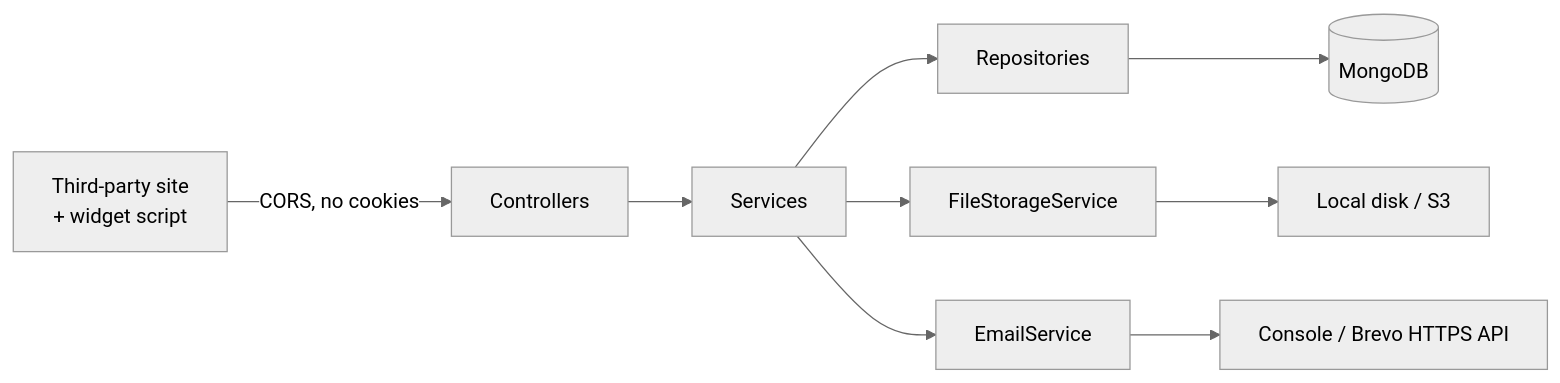
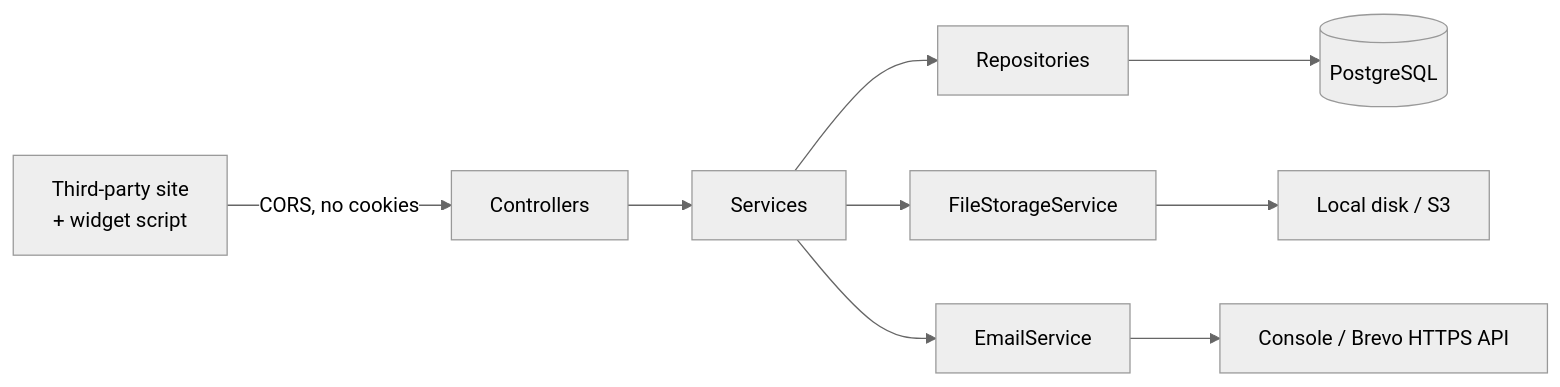
The diagram in README.md (Rohits1402/gimme-comments-server), drawn with Mermaid (neutral theme) before and after one commit. The commit also changed other lines of this file and 19 other files, not shown here.

````diff
--- a/README.md
+++ b/README.md
@@ -96,11 +98,11 @@
 ```mermaid
 flowchart LR
     W[Third-party site<br/>+ widget script] -->|CORS, no cookies| C[Controllers]
     C --> S[Services]
     S --> R[Repositories]
-    R --> M[(MongoDB)]
+    R --> M[(PostgreSQL)]
     S --> F[FileStorageService]
     F --> D[Local disk / S3]
     S --> E[EmailService]
     E --> G[Console / Brevo HTTPS API]
 ```
````
